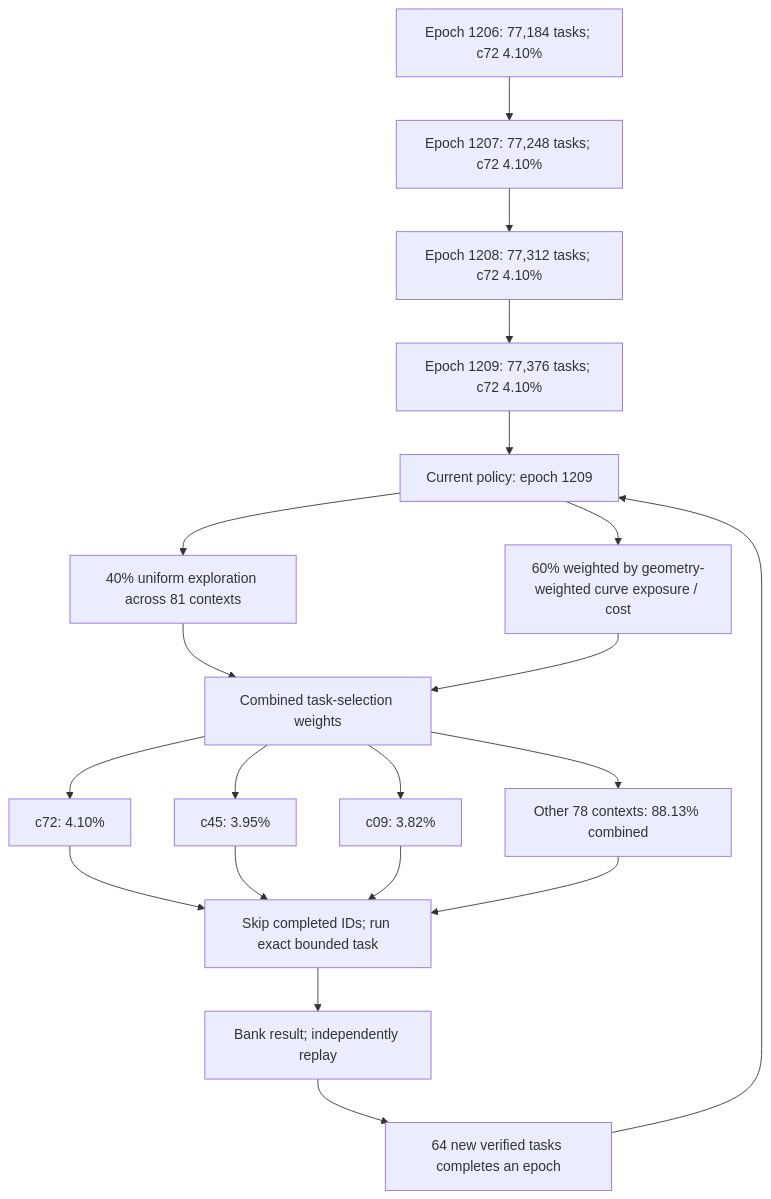
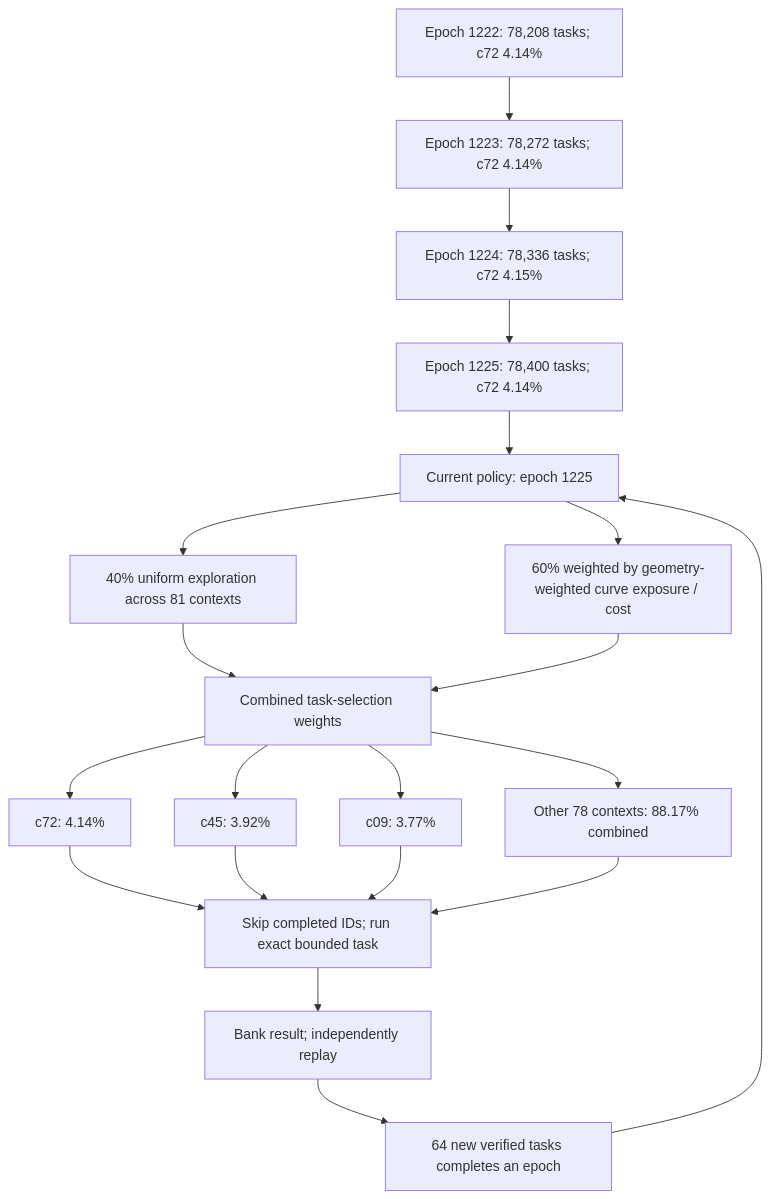
The first of 3 diagrams in README.md (Kuberwastaken/math-gambling), drawn with Mermaid before and after one commit. The commit also changed other lines of this file and 2132 other files, not shown here.

````diff
--- a/README.md
+++ b/README.md
@@ -55,27 +55,27 @@
 ```mermaid
 flowchart TD
-    H0["Epoch 1206: 77,184 tasks; c72 4.10%"]
-    H1["Epoch 1207: 77,248 tasks; c72 4.10%"]
+    H0["Epoch 1222: 78,208 tasks; c72 4.14%"]
+    H1["Epoch 1223: 78,272 tasks; c72 4.14%"]
     H0 --> H1
-    H2["Epoch 1208: 77,312 tasks; c72 4.10%"]
+    H2["Epoch 1224: 78,336 tasks; c72 4.15%"]
     H1 --> H2
-    H3["Epoch 1209: 77,376 tasks; c72 4.10%"]
+    H3["Epoch 1225: 78,400 tasks; c72 4.14%"]
     H2 --> H3
-    Policy["Current policy: epoch 1209"]
+    Policy["Current policy: epoch 1225"]
     H3 --> Policy
     Policy --> Explore["40% uniform exploration across 81 contexts"]
     Policy --> Cost["60% weighted by geometry-weighted curve exposure / cost"]
     Explore --> Mix["Combined task-selection weights"]
     Cost --> Mix
-    Mix --> C0["c72: 4.10%"]
-    Mix --> C1["c45: 3.95%"]
-    Mix --> C2["c09: 3.82%"]
-    Mix --> Rest["Other 78 contexts: 88.13% combined"]
+    Mix --> C0["c72: 4.14%"]
+    Mix --> C1["c45: 3.92%"]
+    Mix --> C2["c09: 3.77%"]
+    Mix --> Rest["Other 78 contexts: 88.17% combined"]
     C0 --> Check["Skip completed IDs; run exact bounded task"]
     C1 --> Check
     C2 --> Check
     Rest --> Check
     Check --> Replay["Bank result; independently replay"]
     Replay --> Gate["64 new verified tasks completes an epoch"]
     Gate --> Policy
 ```
````
